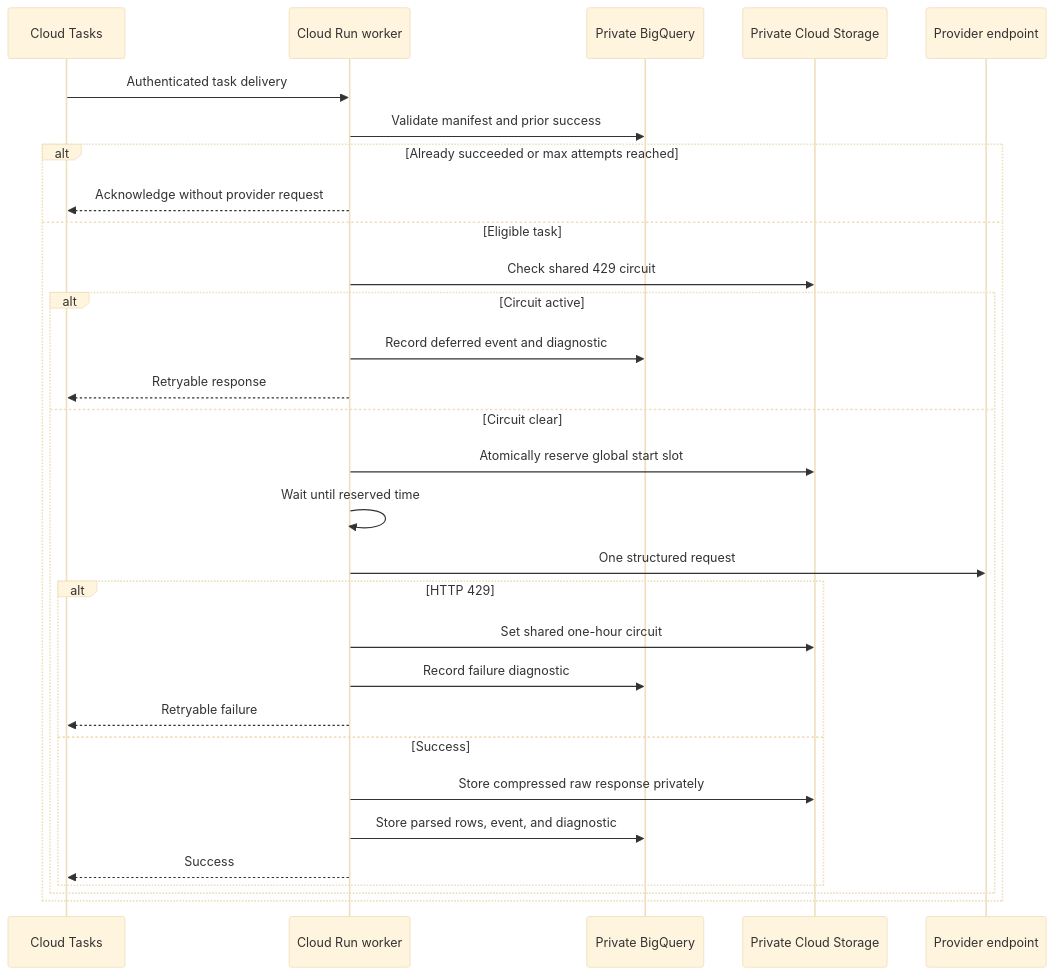
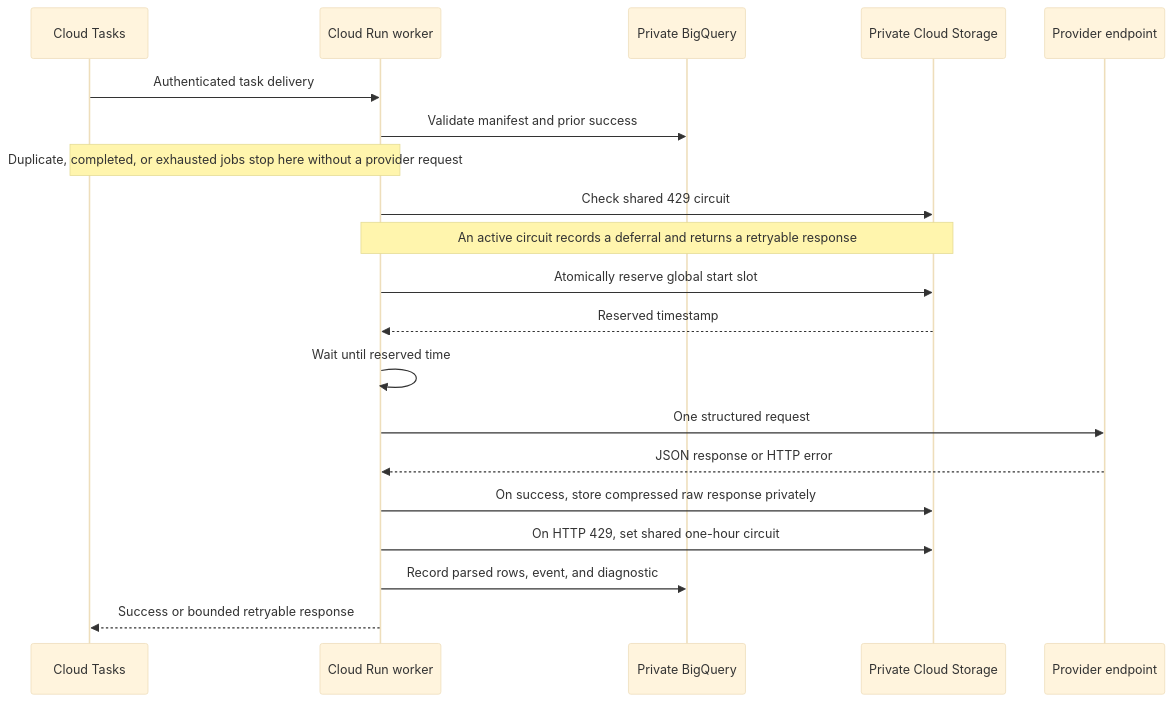
Before and after one commit to sipothemaster/delivery-availability-pipeline: the diagram in docs/ETHICAL_DATA_COLLECTION.md, drawn with Mermaid (base theme). The commit also changed other lines of this file, not shown here.

Commit message:
docs: simplify collection sequence diagram

````diff
--- a/docs/ETHICAL_DATA_COLLECTION.md
+++ b/docs/ETHICAL_DATA_COLLECTION.md
@@ -173,33 +158,23 @@
 ```mermaid
 sequenceDiagram
     participant Q as Cloud Tasks
     participant W as Cloud Run worker
     participant B as Private BigQuery
     participant S as Private Cloud Storage
     participant P as Provider endpoint
 
     Q->>W: Authenticated task delivery
     W->>B: Validate manifest and prior success
-    alt Already succeeded or max attempts reached
-        W-->>Q: Acknowledge without provider request
-    else Eligible task
-        W->>S: Check shared 429 circuit
-        alt Circuit active
-            W->>B: Record deferred event and diagnostic
-            W-->>Q: Retryable response
-        else Circuit clear
-            W->>S: Atomically reserve global start slot
-            W->>W: Wait until reserved time
-            W->>P: One structured request
-            alt HTTP 429
-                W->>S: Set shared one-hour circuit
-                W->>B: Record failure diagnostic
-                W-->>Q: Retryable failure
-            else Success
-                W->>S: Store compressed raw response privately
-                W->>B: Store parsed rows, event, and diagnostic
-                W-->>Q: Success
-            end
-        end
-    end
+    Note over W,Q: Duplicate, completed, or exhausted jobs stop here without a provider request
+    W->>S: Check shared 429 circuit
+    Note over W,S: An active circuit records a deferral and returns a retryable response
+    W->>S: Atomically reserve global start slot
+    S-->>W: Reserved timestamp
+    W->>W: Wait until reserved time
+    W->>P: One structured request
+    P-->>W: JSON response or HTTP error
+    W->>S: On success, store compressed raw response privately
+    W->>S: On HTTP 429, set shared one-hour circuit
+    W->>B: Record parsed rows, event, and diagnostic
+    W-->>Q: Success or bounded retryable response
 ```
````
